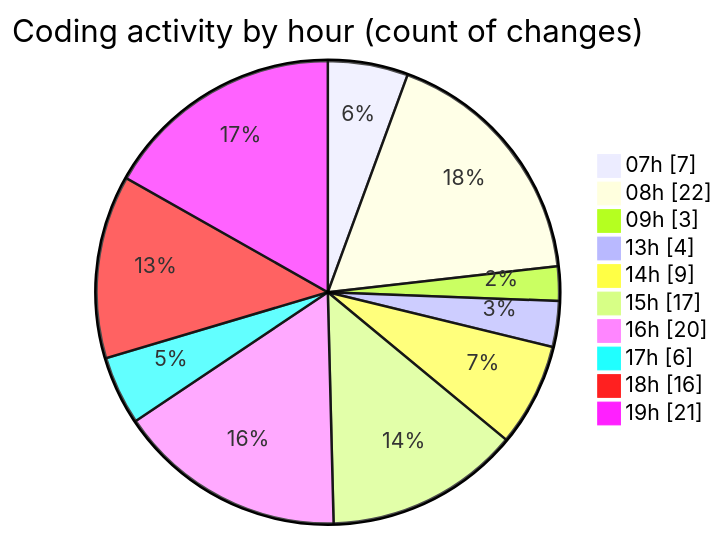
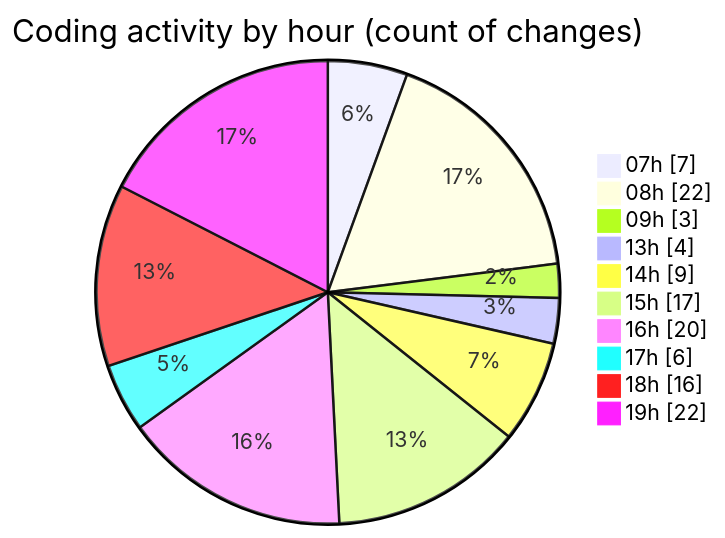
One commit to Elitesun/code-tracking changed the second of 2 diagrams in 2025-05-04/niten/README.md. Above: the diagram before and after it, drawn with Mermaid. The commit also changed other lines of this file and 1 other file, not shown here.

````diff
--- a/2025-05-04/niten/README.md
+++ b/2025-05-04/niten/README.md
@@ -62,14 +62,14 @@
 ```mermaid
 pie showData
 title Coding activity by hour (count of changes)
 "07h" : 7
 "08h" : 22
 "09h" : 3
 "13h" : 4
 "14h" : 9
 "15h" : 17
 "16h" : 20
 "17h" : 6
 "18h" : 16
-"19h" : 21
+"19h" : 22
 ```
````
